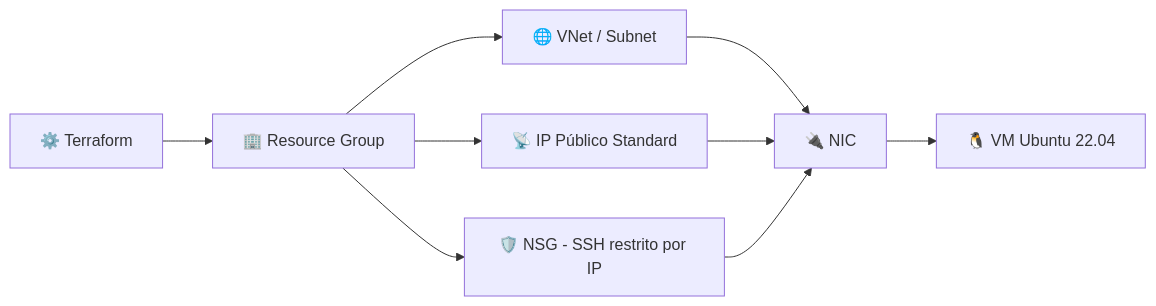
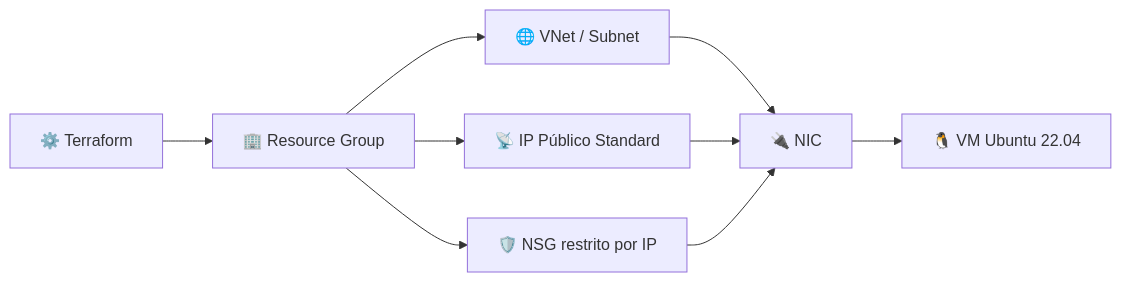
Before and after one commit to lucasj-sec/Lab-Azure-Com-IaC: the diagram in README.md, drawn with Mermaid. The commit also changed other lines of this file, not shown here.

````diff
--- a/README.md
+++ b/README.md
@@ -54,11 +54,11 @@
 ```mermaid
 graph LR
     T[⚙️ Terraform] --> RG[🏢 Resource Group]
     RG --> VN[🌐 VNet / Subnet]
-    RG --> NSG[🛡️ NSG - SSH restrito por IP]
+    RG --> NSG[🛡️ NSG restrito por IP]
     RG --> PIP[📡 IP Público Standard]
     VN --> NIC[🔌 NIC]
     PIP --> NIC
     NSG --> NIC
     NIC --> VM[🐧 VM Ubuntu 22.04]
 ```
````
